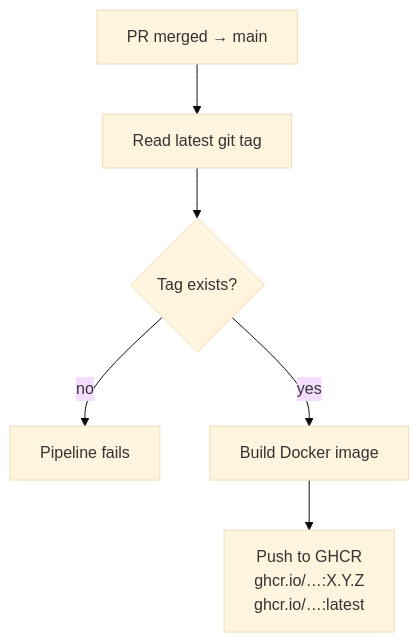
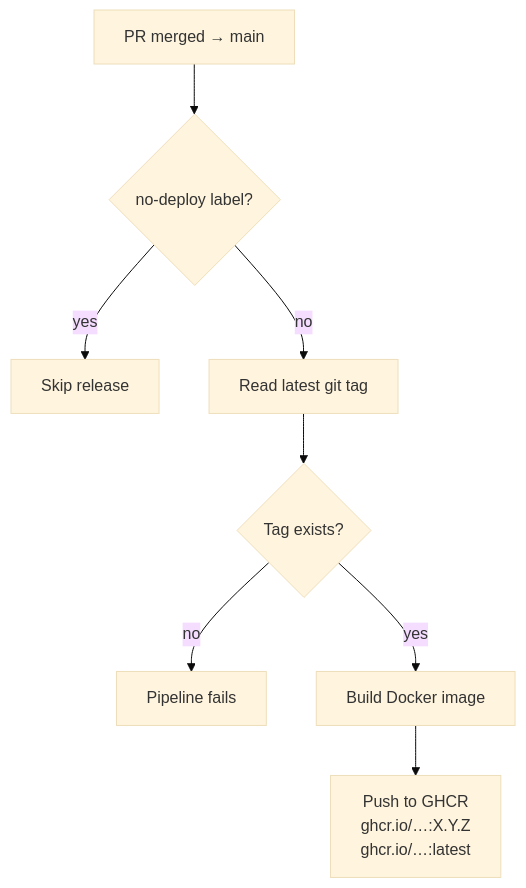
Before and after one commit to PedroVMota/claude-mcp-server: the fourth of 5 diagrams in README.md, drawn with Mermaid (base theme). The commit also changed other lines of this file and 2 other files, not shown here.

First line of the commit message:
feat(ci): add no-deploy label to skip CD on merge

````diff
--- a/README.md
+++ b/README.md
@@ -170,8 +172,10 @@
 ```mermaid
 flowchart TD
-    A[PR merged → main] --> B[Read latest git tag]
-    B --> C{Tag exists?}
-    C -->|no| D[Pipeline fails]
-    C -->|yes| E[Build Docker image]
-    E --> F["Push to GHCR\nghcr.io/…:X.Y.Z\nghcr.io/…:latest"]
+    A[PR merged → main] --> B{no-deploy label?}
+    B -->|yes| X[Skip release]
+    B -->|no| C[Read latest git tag]
+    C --> D{Tag exists?}
+    D -->|no| E[Pipeline fails]
+    D -->|yes| F[Build Docker image]
+    F --> G["Push to GHCR\nghcr.io/…:X.Y.Z\nghcr.io/…:latest"]
 ```
````
